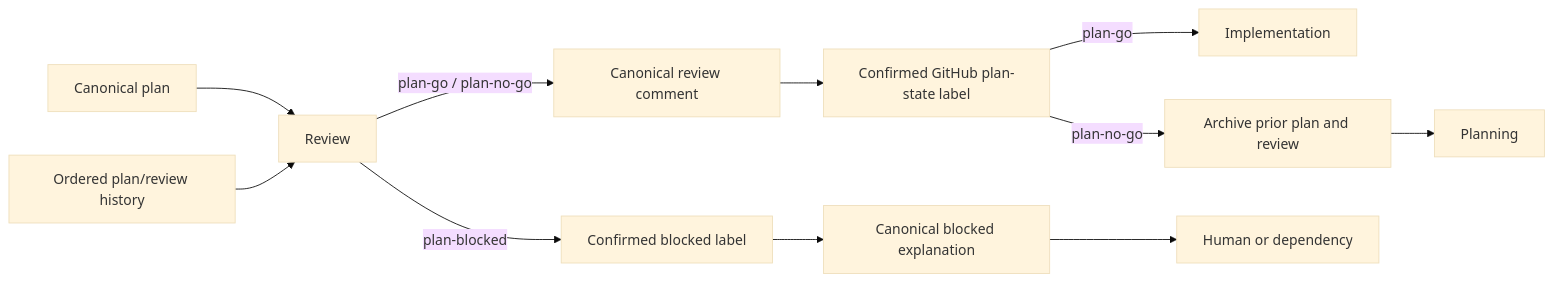
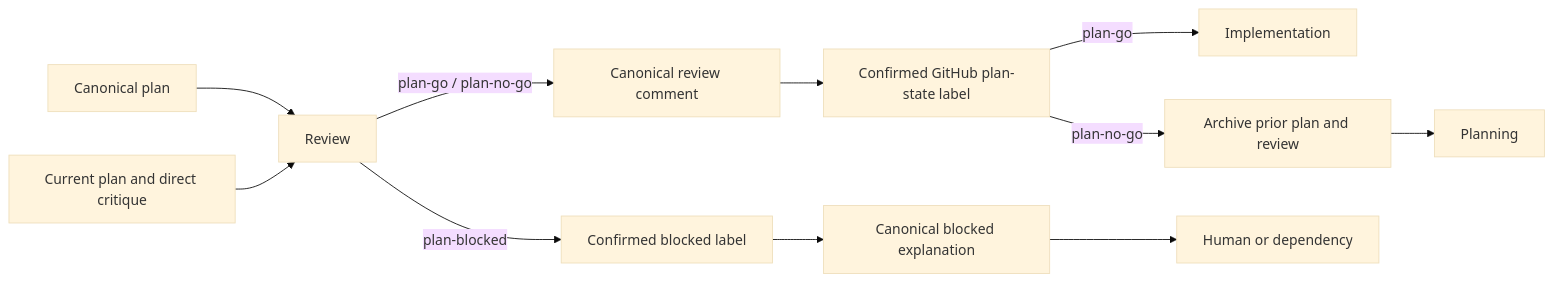
The seventh of 16 diagrams in docs/architecture.md (HomericIntelligence/Hephaestus), drawn with Mermaid (base theme) before and after one commit. The commit also changed other lines of this file and 9 other files, not shown here.

````diff
--- a/docs/architecture.md
+++ b/docs/architecture.md
@@ -767,13 +768,13 @@
 ```mermaid
 flowchart LR
     Plan["Canonical plan"] --> Review
-    History["Ordered plan/review history"] --> Review
+    History["Current plan and direct critique"] --> Review
     Review -->|"plan-go / plan-no-go"| CanonicalReview["Canonical review comment"]
     CanonicalReview --> Label["Confirmed GitHub plan-state label"]
     Review -->|"plan-blocked"| BlockLatch["Confirmed blocked label"]
     BlockLatch --> BlockAudit["Canonical blocked explanation"]
     Label -->|"plan-go"| Implementation
     Label -->|"plan-no-go"| Archive["Archive prior plan and review"]
     Archive --> Planning
     BlockAudit --> External["Human or dependency"]
 ```
````
